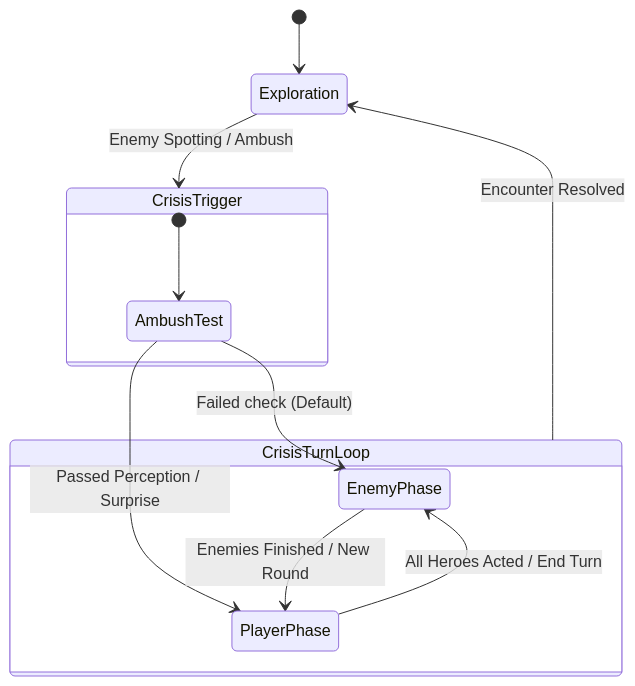
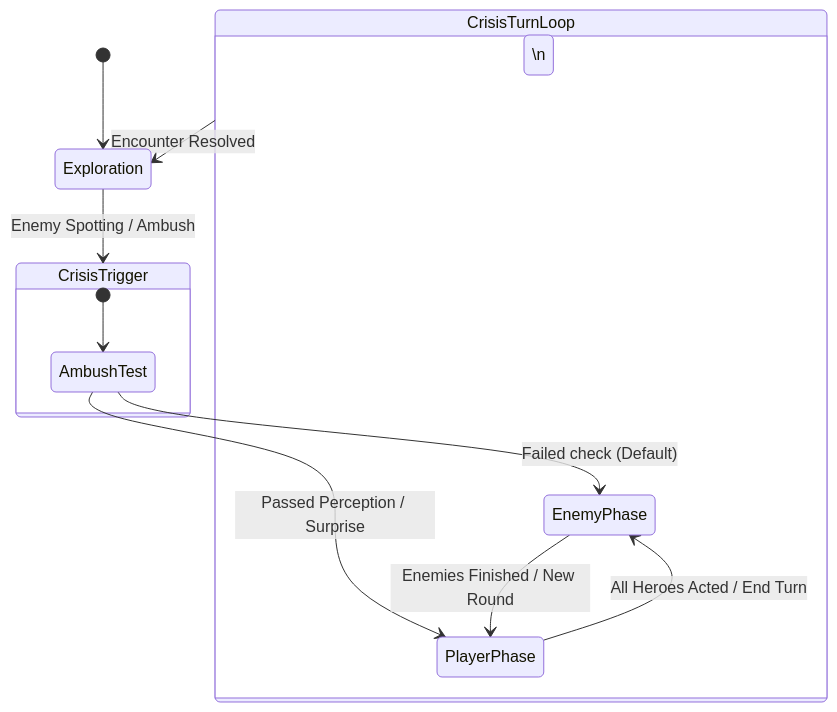
Before and after one commit to ThiagoDAraujoS/Hollow-Signal: the diagram in Assets/ProjectManagement/Tactical Zone & Turn-Based Combat System.md, drawn with Mermaid. The commit also changed other lines of this file and 9 other files, not shown here.

First line of the commit message:
docs(design): establish 3d6 core RPG rules, dual health pools, sparks, and crisis sprint flows

````diff
--- a/Assets/ProjectManagement/Tactical Zone & Turn-Based Combat System.md
+++ b/Assets/ProjectManagement/Tactical Zone & Turn-Based Combat System.md
@@ -81,18 +134,16 @@
 ```mermaid
 stateDiagram-v2
     [*] --> Exploration
     Exploration --> CrisisTrigger: Enemy Spotting / Ambush
     
-    state CrisisTrigger {
-        [*] --> AmbushTest
+    state CrisisTrigger {\n        [*] --> AmbushTest
         AmbushTest --> EnemyPhase: Failed check (Default)
         AmbushTest --> PlayerPhase: Passed Perception / Surprise
     }
 
-    state CrisisTurnLoop {
-        PlayerPhase --> EnemyPhase: All Heroes Acted / End Turn
+    state CrisisTurnLoop {\n        PlayerPhase --> EnemyPhase: All Heroes Acted / End Turn
         EnemyPhase --> PlayerPhase: Enemies Finished / New Round
     }
 
     CrisisTurnLoop --> Exploration: Encounter Resolved
 ```
````
